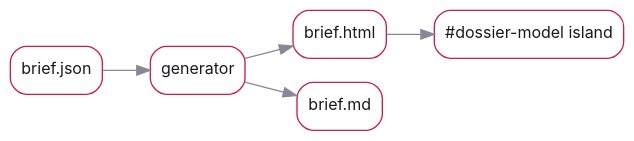
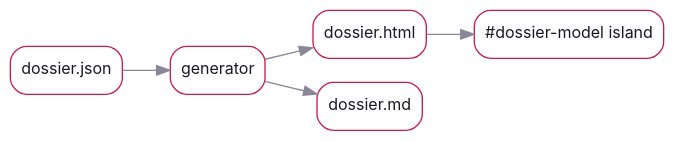
Before and after one commit to mrbagels/dossier: the diagram in examples/dossier-overview.md, drawn with Graphviz. The commit also changed other lines of this file and 5 other files, not shown here.

Commit message:
Close out process roadmap docs

````diff
--- a/examples/dossier-overview.md
+++ b/examples/dossier-overview.md
@@ -109,3 +109,3 @@
 ```dot
-digraph { rankdir=LR; bgcolor="transparent"; node [shape=box style=rounded fontname="Inter" fontsize=12 color="#c81e4a" fontcolor="#1a1822"]; edge [color="#8b8698"]; "brief.json" -> "generator"; "generator" -> "brief.html"; "generator" -> "brief.md"; "brief.html" -> "#dossier-model island"; }
+digraph { rankdir=LR; bgcolor="transparent"; node [shape=box style=rounded fontname="Inter" fontsize=12 color="#c81e4a" fontcolor="#1a1822"]; edge [color="#8b8698"]; "dossier.json" -> "generator"; "generator" -> "dossier.html"; "generator" -> "dossier.md"; "dossier.html" -> "#dossier-model island"; }
 ```
````
